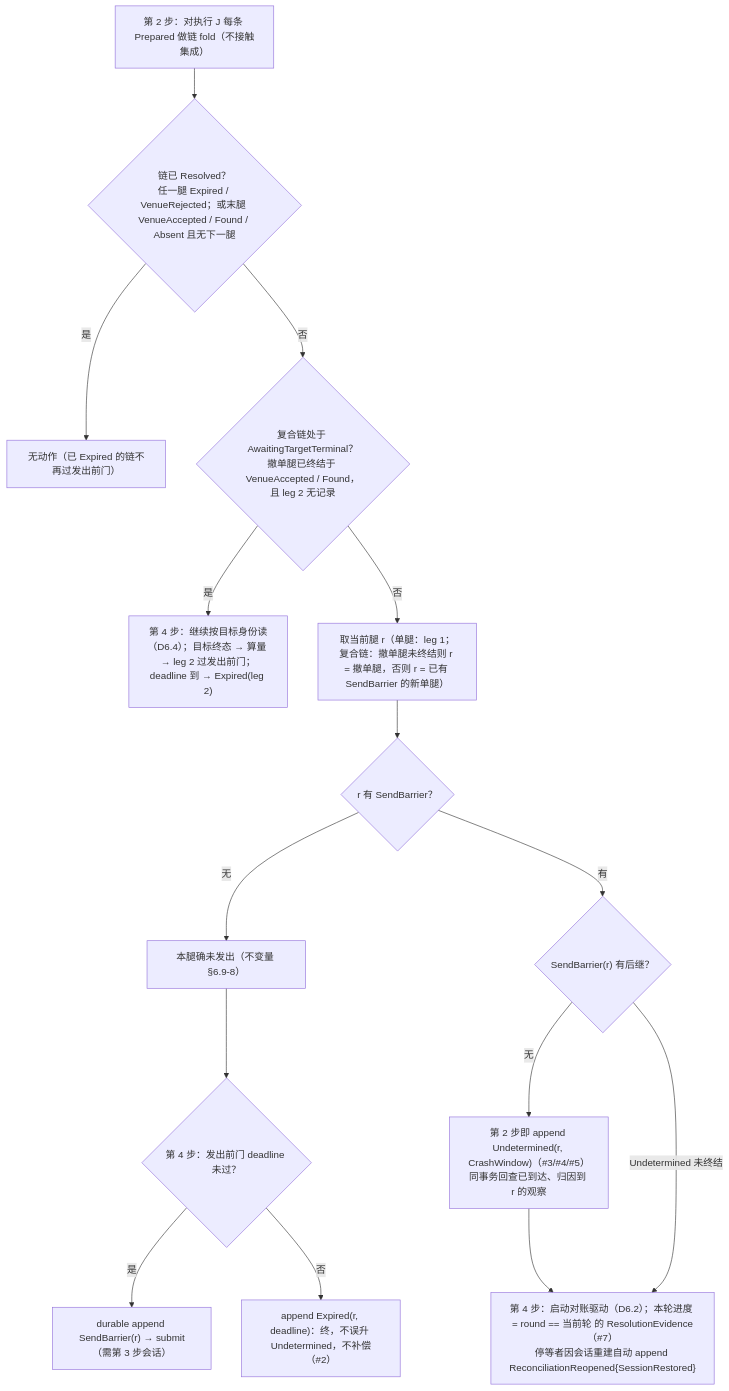
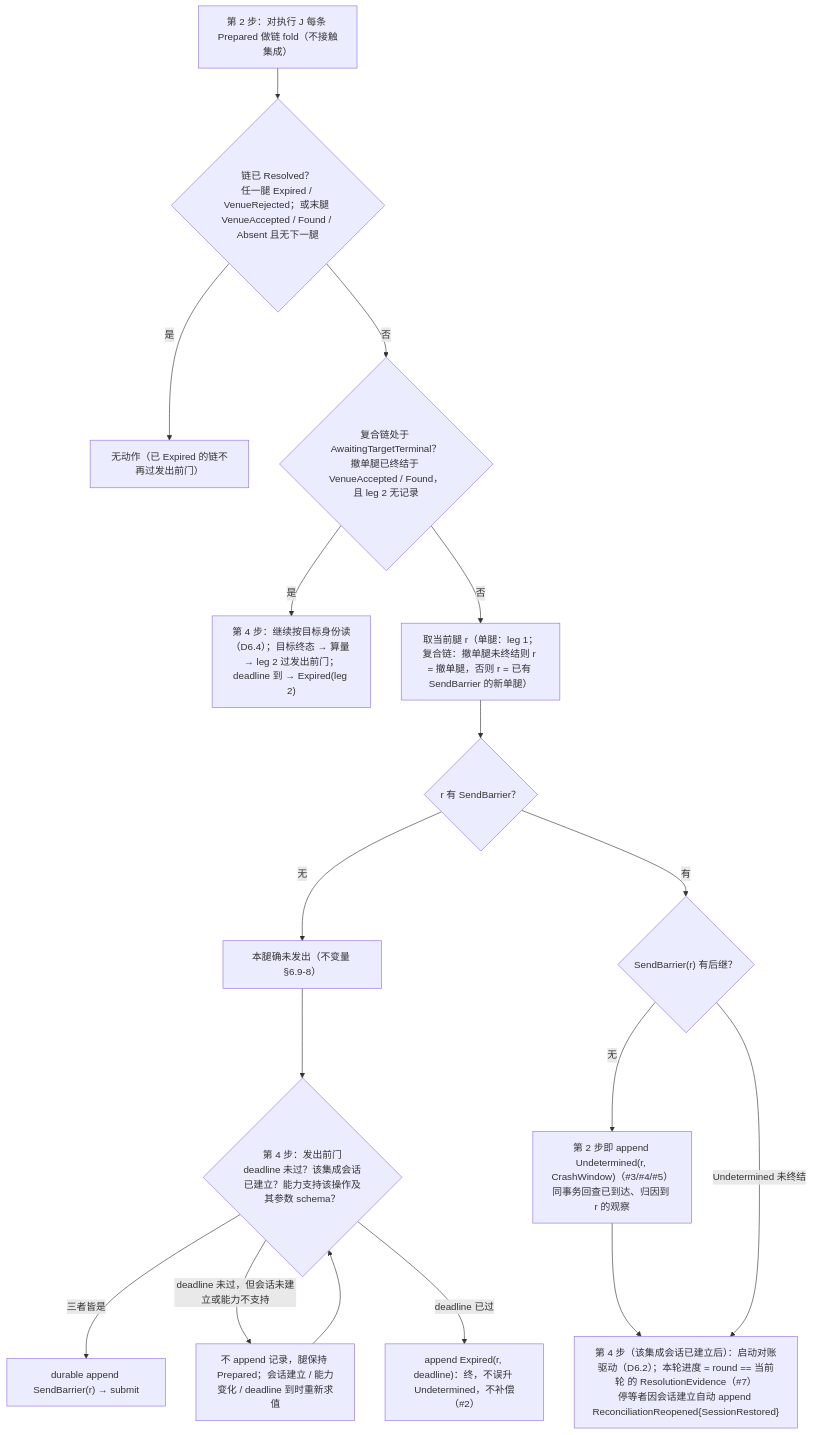
The first of 4 diagrams in design/diagrams/07-crash-recovery.md (mouriya-s-lab/uta), drawn with Mermaid before and after one commit. The commit also changed other lines of this file and 12 other files, not shown here.

Commit message:
design: integration lifecycle contract — per-integration session state machine (Connecting/Established/Halted), handshake Refused vs Unavailable, pre-send gate on session and current capability, subscription suspension on undeclared streams, health field semantics

````diff
--- a/design/diagrams/07-crash-recovery.md
+++ b/design/diagrams/07-crash-recovery.md
@@ -9,18 +9,20 @@
 ```mermaid
 flowchart TB
   START["第 2 步：对执行 J 每条 Prepared 做链 fold（不接触集成）"]
   START --> Q0{"链已 Resolved？<br/>任一腿 Expired / VenueRejected；或末腿 VenueAccepted / Found / Absent 且无下一腿"}
   Q0 -->|"是"| DONE["无动作（已 Expired 的链不再过发出前门）"]
   Q0 -->|"否"| Q3{"复合链处于 AwaitingTargetTerminal？<br/>撤单腿已终结于 VenueAccepted / Found，且 leg 2 无记录"}
   Q3 -->|"是"| ATT["第 4 步：继续按目标身份读（D6.4）；目标终态 → 算量 → leg 2 过发出前门；deadline 到 → Expired(leg 2)"]
   Q3 -->|"否"| LEG["取当前腿 r（单腿：leg 1；复合链：撤单腿未终结则 r = 撤单腿，否则 r = 已有 SendBarrier 的新单腿）"]
   LEG --> Q1{"r 有 SendBarrier？"}
   Q1 -->|"无"| SAFE["本腿确未发出（不变量 §6.9-8）"]
-  SAFE --> G{"第 4 步：发出前门 deadline 未过？"}
-  G -->|"是"| SEND["durable append SendBarrier(r) → submit（需第 3 步会话）"]
-  G -->|"否"| EXP["append Expired(r, deadline)：终，不误升 Undetermined，不补偿（#2）"]
+  SAFE --> G{"第 4 步：发出前门<br/>deadline 未过？该集成会话已建立？能力支持该操作及其参数 schema？"}
+  G -->|"三者皆是"| SEND["durable append SendBarrier(r) → submit"]
+  G -->|"deadline 未过，但会话未建立或能力不支持"| WAIT["不 append 记录，腿保持 Prepared；会话建立 / 能力变化 / deadline 到时重新求值"]
+  WAIT --> G
+  G -->|"deadline 已过"| EXP["append Expired(r, deadline)：终，不误升 Undetermined，不补偿（#2）"]
   Q1 -->|"有"| Q2{"SendBarrier(r) 有后继？"}
   Q2 -->|"无"| UD["第 2 步即 append Undetermined(r, CrashWindow)（#3/#4/#5）<br/>同事务回查已到达、归因到 r 的观察"]
-  UD --> DRV["第 4 步：启动对账驱动（D6.2）；本轮进度 = round == 当前轮 的 ResolutionEvidence（#7）<br/>停等者因会话重建自动 append ReconciliationReopened{SessionRestored}"]
+  UD --> DRV["第 4 步（该集成会话已建立后）：启动对账驱动（D6.2）；本轮进度 = round == 当前轮 的 ResolutionEvidence（#7）<br/>停等者因会话建立自动 append ReconciliationReopened{SessionRestored}"]
   Q2 -->|"Undetermined 未终结"| DRV
 ```
````
